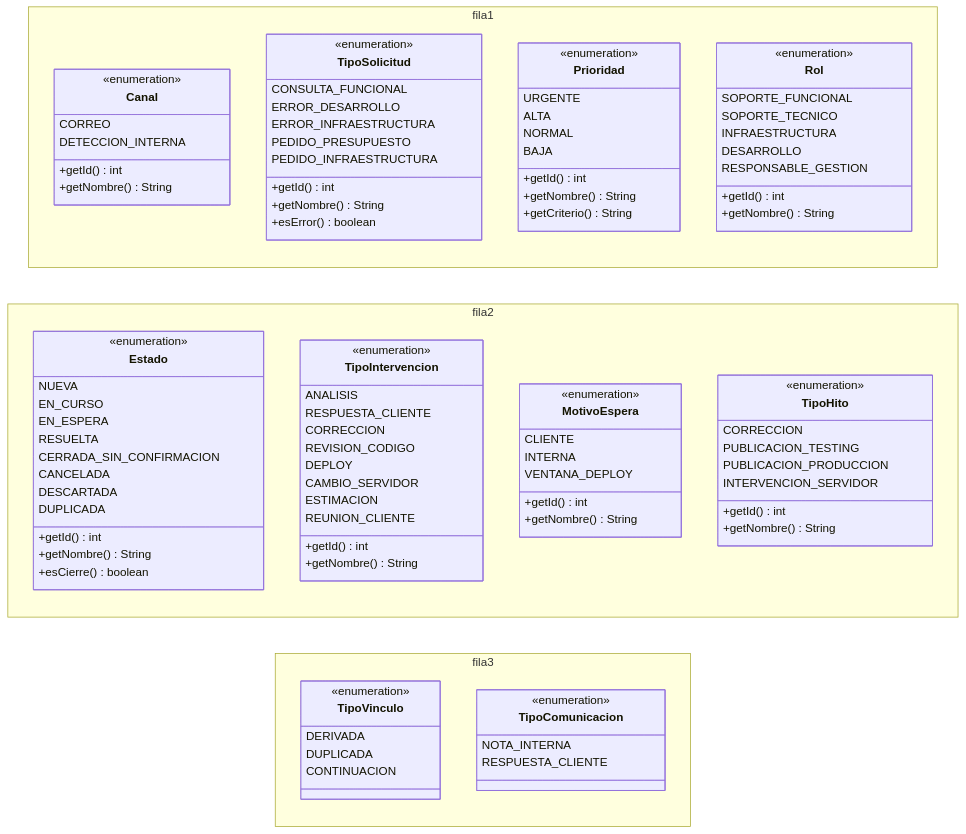
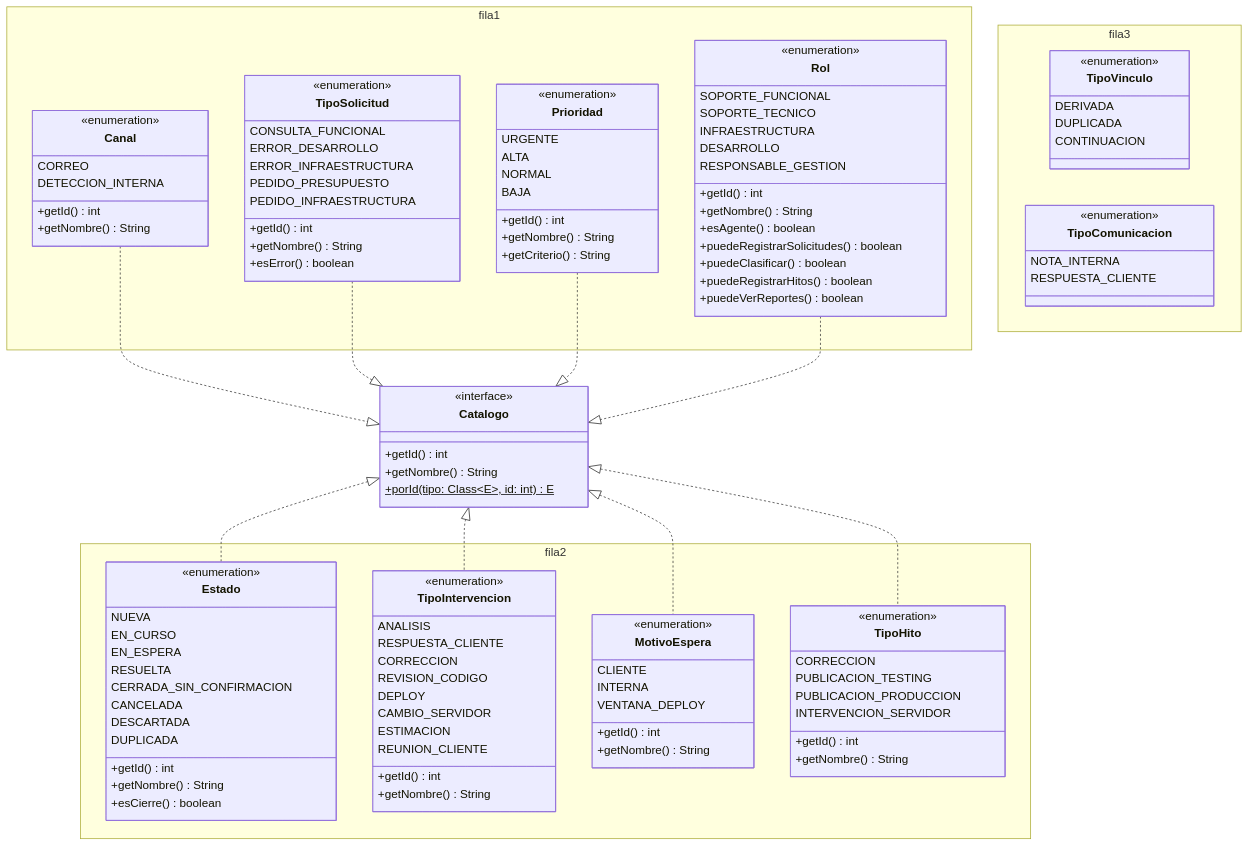
Before and after one commit to jvillegas88/sistema-gestion-soporte: the diagram in diagramas/10-clases-diseno-3.mmd, drawn with Mermaid. The commit also changed 7 other files, not shown here.

First line of the commit message:
Diagramas de diseño actualizados con el código del TP3

```diff
--- a/diagramas/10-clases-diseno-3.mmd
+++ b/diagramas/10-clases-diseno-3.mmd
@@ -1,107 +1,126 @@
 ---
 config:
   class:
     padding: 7
   themeCSS: ".nodeLabel, .nodeLabel p, .label foreignObject div { line-height: 1.15 !important; } .cluster rect { fill: none !important; stroke: none !important; } .cluster-label { display: none !important; }"
 ---
 classDiagram
-    direction LR
+    direction TB
+    class Catalogo {
+        <<interface>>
+        +getId() int
+        +getNombre() String
+        +porId(tipo: Class~E~, id: int)$ E
+    }
     namespace fila1 {
         class Canal {
             <<enumeration>>
             CORREO
             DETECCION_INTERNA
             +getId() int
             +getNombre() String
         }
         class TipoSolicitud {
             <<enumeration>>
             CONSULTA_FUNCIONAL
             ERROR_DESARROLLO
             ERROR_INFRAESTRUCTURA
             PEDIDO_PRESUPUESTO
             PEDIDO_INFRAESTRUCTURA
             +getId() int
             +getNombre() String
             +esError() boolean
         }
         class Prioridad {
             <<enumeration>>
             URGENTE
             ALTA
             NORMAL
             BAJA
             +getId() int
             +getNombre() String
             +getCriterio() String
         }
         class Rol {
             <<enumeration>>
             SOPORTE_FUNCIONAL
             SOPORTE_TECNICO
             INFRAESTRUCTURA
             DESARROLLO
             RESPONSABLE_GESTION
             +getId() int
             +getNombre() String
+            +esAgente() boolean
+            +puedeRegistrarSolicitudes() boolean
+            +puedeClasificar() boolean
+            +puedeRegistrarHitos() boolean
+            +puedeVerReportes() boolean
         }
     }
     namespace fila2 {
         class Estado {
             <<enumeration>>
             NUEVA
             EN_CURSO
             EN_ESPERA
             RESUELTA
             CERRADA_SIN_CONFIRMACION
             CANCELADA
             DESCARTADA
             DUPLICADA
             +getId() int
             +getNombre() String
             +esCierre() boolean
         }
         class TipoIntervencion {
             <<enumeration>>
             ANALISIS
             RESPUESTA_CLIENTE
             CORRECCION
             REVISION_CODIGO
             DEPLOY
             CAMBIO_SERVIDOR
             ESTIMACION
             REUNION_CLIENTE
             +getId() int
             +getNombre() String
         }
         class MotivoEspera {
             <<enumeration>>
             CLIENTE
             INTERNA
             VENTANA_DEPLOY
             +getId() int
             +getNombre() String
         }
         class TipoHito {
             <<enumeration>>
             CORRECCION
             PUBLICACION_TESTING
             PUBLICACION_PRODUCCION
             INTERVENCION_SERVIDOR
             +getId() int
             +getNombre() String
         }
     }
     namespace fila3 {
         class TipoVinculo {
             <<enumeration>>
             DERIVADA
             DUPLICADA
             CONTINUACION
         }
         class TipoComunicacion {
             <<enumeration>>
             NOTA_INTERNA
             RESPUESTA_CLIENTE
         }
     }
+    Canal ..|> Catalogo
+    TipoSolicitud ..|> Catalogo
+    Prioridad ..|> Catalogo
+    Rol ..|> Catalogo
+    Catalogo <|.. Estado
+    Catalogo <|.. TipoIntervencion
+    Catalogo <|.. MotivoEspera
+    Catalogo <|.. TipoHito
```
